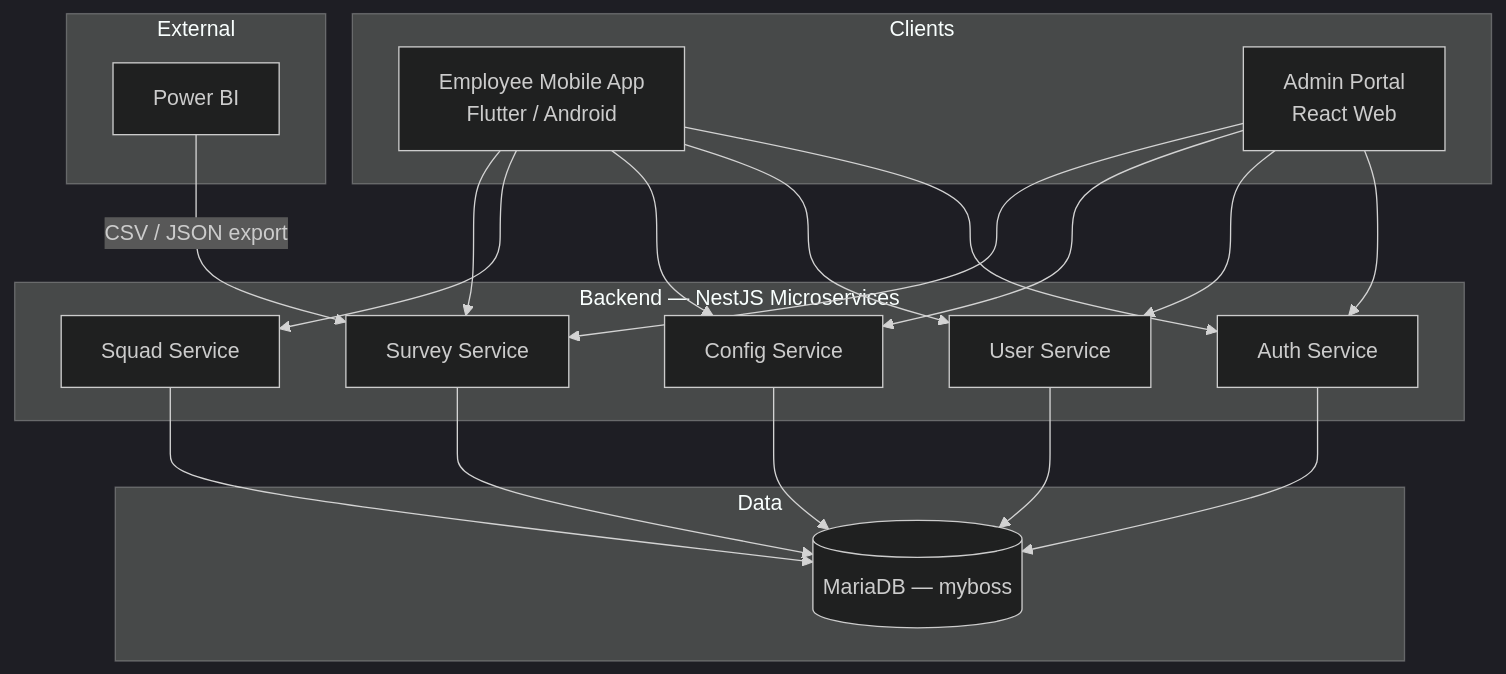
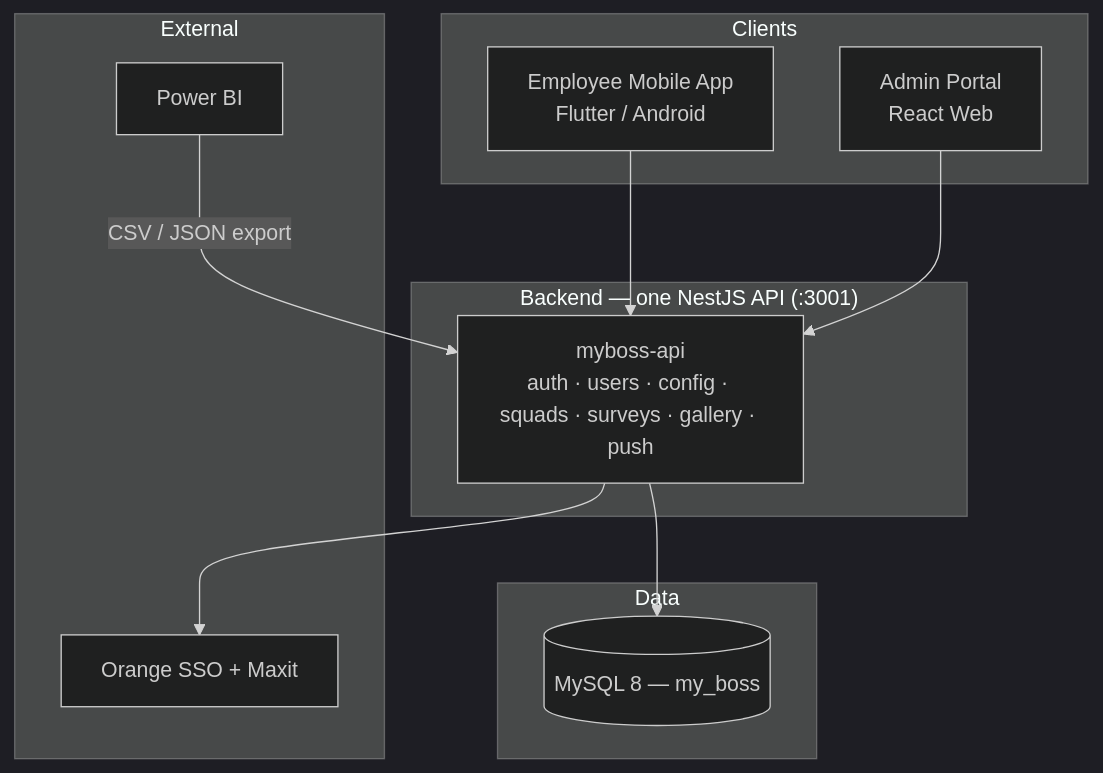
One commit to areejobaid17894-blip/myboss-platform changed the first of 5 diagrams in docs/architecture/HLD.md. Above: the diagram before and after it, drawn with Mermaid (dark theme). The commit also changed other lines of this file and 70 other files, not shown here.

````diff
--- a/docs/architecture/HLD.md
+++ b/docs/architecture/HLD.md
@@ -15,42 +15,26 @@
 ```mermaid
 flowchart TB
     subgraph Clients
         MA[Employee Mobile App<br/>Flutter / Android]
         AP[Admin Portal<br/>React Web]
     end
 
-    subgraph Backend["Backend — NestJS Microservices"]
-        AUTH[Auth Service]
-        USER[User Service]
-        CONFIG[Config Service]
-        SQUAD[Squad Service]
-        SURVEY[Survey Service]
+    subgraph Backend["Backend — one NestJS API (:3001)"]
+        API[myboss-api<br/>auth · users · config · squads · surveys · gallery · push]
     end
 
     subgraph Data
-        DB[(MariaDB — myboss)]
+        DB[(MySQL 8 — my_boss)]
     end
 
     subgraph External
+        OTP[Orange SSO + Maxit]
         PBI[Power BI]
     end
 
-    MA --> AUTH
-    MA --> USER
-    MA --> CONFIG
-    MA --> SQUAD
-    MA --> SURVEY
-
-    AP --> AUTH
-    AP --> USER
-    AP --> CONFIG
-    AP --> SURVEY
-
-    AUTH --> DB
-    USER --> DB
-    CONFIG --> DB
-    SQUAD --> DB
-    SURVEY --> DB
-
-    PBI -->|CSV / JSON export| SURVEY
+    MA --> API
+    AP --> API
+    API --> DB
+    API --> OTP
+    PBI -->|CSV / JSON export| API
 ```
````
